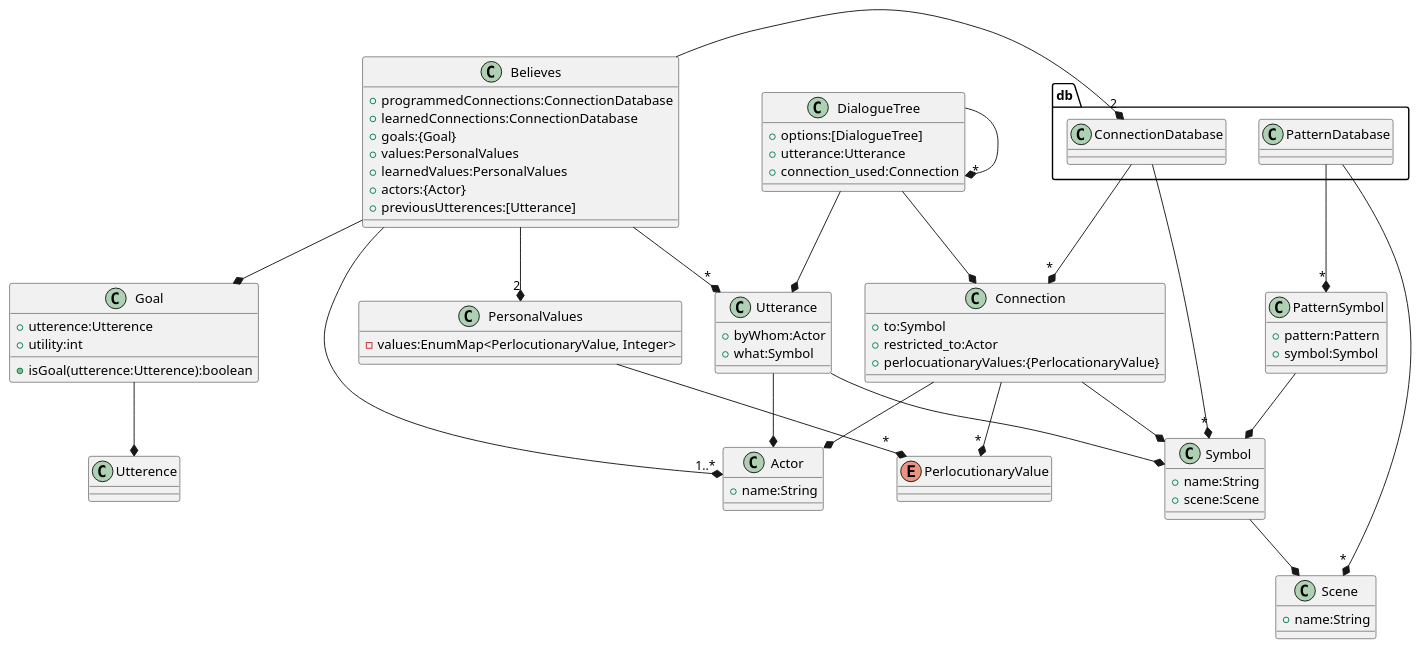
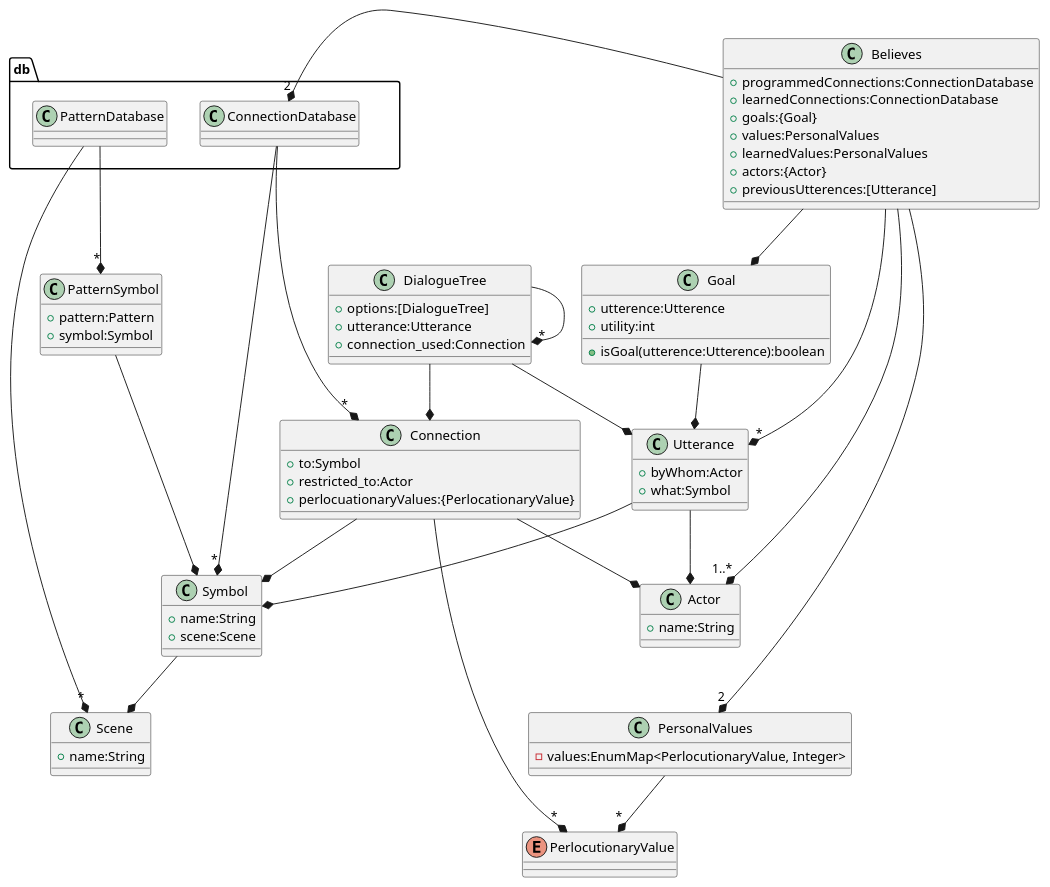
Diagram 11 of 13 in thesis/thesis.org (jappeace/methods-homework), drawn with PlantUML before and after one commit. The commit also changed other lines of this file, not shown here.

Commit message:
Made class diagram readable

```diff
--- a/thesis/thesis.org
+++ b/thesis/thesis.org
@@ -2599,73 +2599,75 @@
 #+BEGIN_SRC plantuml :cache yes :file img/uml/jungclass.png :exports results
   enum PerlocutionaryValue
   package db{
     class ConnectionDatabase
     class PatternDatabase 
   }
   PatternDatabase --* "*" PatternSymbol
   PatternDatabase --* "*" Scene
   ConnectionDatabase --* "*" Symbol
   ConnectionDatabase --* "*" Connection
   class Actor {
     +name:String
   }
   class Believes{
     +programmedConnections:ConnectionDatabase
     +learnedConnections:ConnectionDatabase
     +goals:{Goal}
     +values:PersonalValues
     +learnedValues:PersonalValues
     +actors:{Actor}
     +previousUtterences:[Utterance]
   }
   Believes -* "2" ConnectionDatabase
   Believes --* Goal
   Believes --* "2" PersonalValues
   Believes --* "1..*" Actor
   Believes --* "*" Utterance
   class Connection {
     +to:Symbol
     +restricted_to:Actor
     +perlocuationaryValues:{PerlocationaryValue}
   }
   Connection --* Symbol
   Connection --* Actor
   Connection --* "*" PerlocutionaryValue
   class DialogueTree{
     +options:[DialogueTree]
     +utterance:Utterance
     +connection_used:Connection
   }
   DialogueTree --* "*" DialogueTree
   DialogueTree --* Utterance
   DialogueTree --* Connection
   class Goal{
     +utterence:Utterence
     +utility:int
     +isGoal(utterence:Utterence):boolean
   }
-  Goal --* Utterence
+  Goal --* Utterance
   class PatternSymbol{
      +pattern:Pattern
      +symbol:Symbol
   }
   PatternSymbol --* Symbol
   class PersonalValues{
      -values:EnumMap<PerlocutionaryValue, Integer>
   }
   PersonalValues --* "*" PerlocutionaryValue
   class Scene {
     +name:String
   }
   class Symbol {
     +name:String
     +scene:Scene
   }
   Symbol --* Scene
   class Utterance{
     +byWhom:Actor
     +what:Symbol
   }
   Utterance --* Actor
   Utterance --* Symbol
+  Actor -[hidden]-> PersonalValues
+  db -[hidden]-> DialogueTree
 #+END_SRC
```
